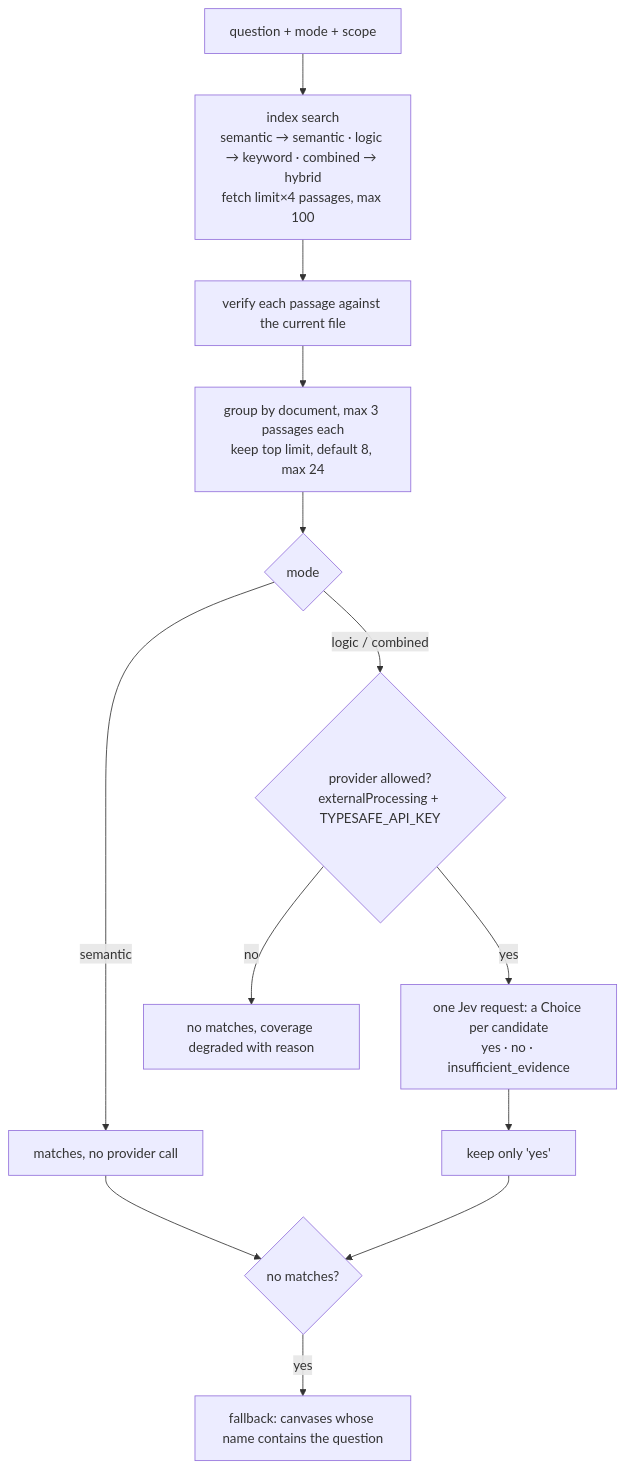
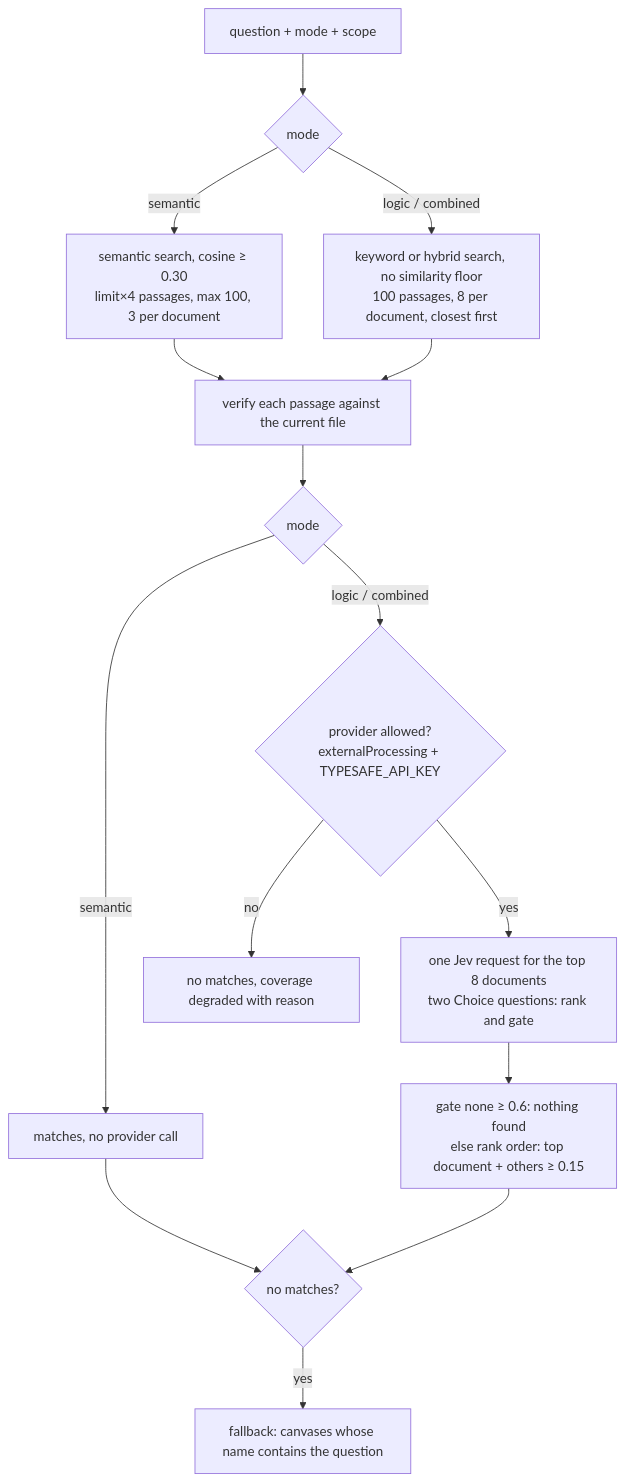
Before and after one commit to benrben/symbiknow: the first of 2 diagrams in docs/project-atlas/search-and-brain-tools.md, drawn with Mermaid. The commit also changed other lines of this file and 486 other files, not shown here.

First line of the commit message:
feat: unify MCP tools and strengthen Jev document workflows

````diff
--- a/docs/project-atlas/search-and-brain-tools.md
+++ b/docs/project-atlas/search-and-brain-tools.md
@@ -63,15 +65,17 @@
 ```mermaid
 flowchart TD
-  Q[question + mode + scope] --> S[index search<br/>semantic → semantic · logic → keyword · combined → hybrid<br/>fetch limit×4 passages, max 100]
-  S --> V[verify each passage against the current file]
-  V --> G[group by document, max 3 passages each<br/>keep top limit, default 8, max 24]
-  G --> M{mode}
+  Q[question + mode + scope] --> M0{mode}
+  M0 -- semantic --> S1[semantic search, cosine ≥ 0.30<br/>limit×4 passages, max 100, 3 per document]
+  M0 -- logic / combined --> S2[keyword or hybrid search, no similarity floor<br/>100 passages, 8 per document, closest first]
+  S1 --> V[verify each passage against the current file]
+  S2 --> V
+  V --> M{mode}
   M -- semantic --> OUT[matches, no provider call]
   M -- logic / combined --> P{provider allowed?<br/>externalProcessing + TYPESAFE_API_KEY}
   P -- no --> DEG[no matches, coverage degraded with reason]
-  P -- yes --> J[one Jev request: a Choice per candidate<br/>yes · no · insufficient_evidence]
-  J --> OUT2[keep only 'yes']
+  P -- yes --> J[one Jev request for the top 8 documents<br/>two Choice questions: rank and gate]
+  J --> OUT2[gate none ≥ 0.6: nothing found<br/>else rank order: top document + others ≥ 0.15]
   OUT --> N{no matches?}
   OUT2 --> N
   N -- yes --> CN[fallback: canvases whose name contains the question]
 ```
````
